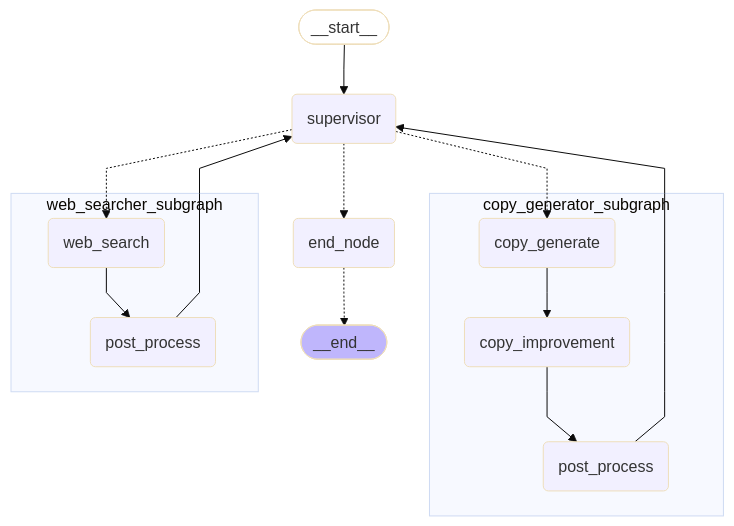
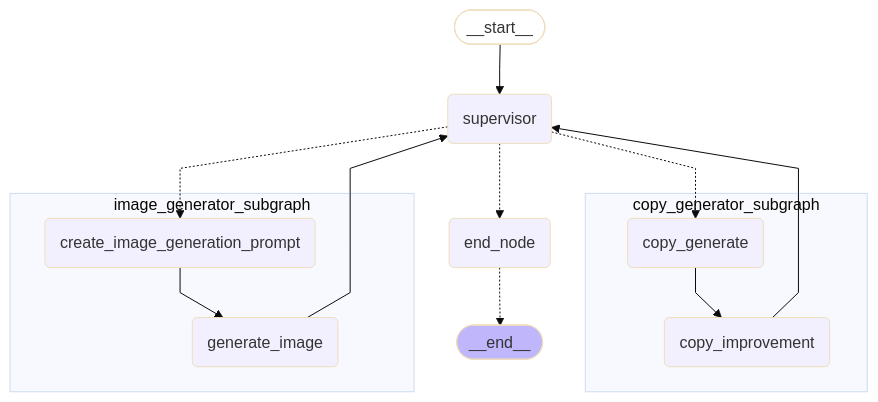
Before and after one commit to ren8k/streamlit-langgraph-multi-agent: the diagram in README.md, drawn with Mermaid (base theme). The commit also changed other lines of this file, not shown here.

````diff
--- a/README.md
+++ b/README.md
@@ -46,30 +45,28 @@
 ```mermaid
 %%{init: {'flowchart': {'curve': 'linear'}}}%%
 graph TD;
 	__start__([<p>__start__</p>]):::first
 	supervisor(supervisor)
 	copy_generator_subgraph_copy_generate(copy_generate)
 	copy_generator_subgraph_copy_improvement(copy_improvement)
-	copy_generator_subgraph_post_process(post_process)
-	web_searcher_subgraph_web_search(web_search)
-	web_searcher_subgraph_post_process(post_process)
+	image_generator_subgraph_create_image_generation_prompt(create_image_generation_prompt)
+	image_generator_subgraph_generate_image(generate_image)
 	end_node(end_node)
 	__end__([<p>__end__</p>]):::last
 	__start__ --> supervisor;
-	copy_generator_subgraph_post_process --> supervisor;
-	web_searcher_subgraph_post_process --> supervisor;
+	copy_generator_subgraph_copy_improvement --> supervisor;
+	image_generator_subgraph_generate_image --> supervisor;
 	supervisor -.-> copy_generator_subgraph_copy_generate;
-	supervisor -.-> web_searcher_subgraph_web_search;
+	supervisor -.-> image_generator_subgraph_create_image_generation_prompt;
 	supervisor -.-> end_node;
 	end_node -.-> __end__;
 	subgraph copy_generator_subgraph
 	copy_generator_subgraph_copy_generate --> copy_generator_subgraph_copy_improvement;
-	copy_generator_subgraph_copy_improvement --> copy_generator_subgraph_post_process;
 	end
-	subgraph web_searcher_subgraph
-	web_searcher_subgraph_web_search --> web_searcher_subgraph_post_process;
+	subgraph image_generator_subgraph
+	image_generator_subgraph_create_image_generation_prompt --> image_generator_subgraph_generate_image;
 	end
 	classDef default fill:#f2f0ff,line-height:1.2
 	classDef first fill-opacity:0
 	classDef last fill:#bfb6fc
 ```
````
